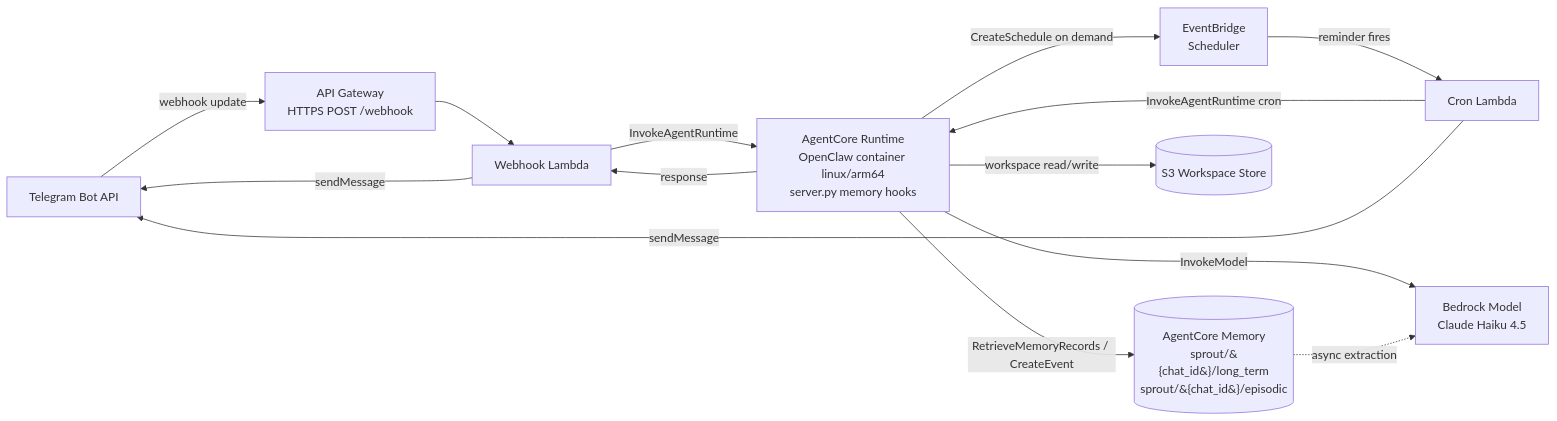
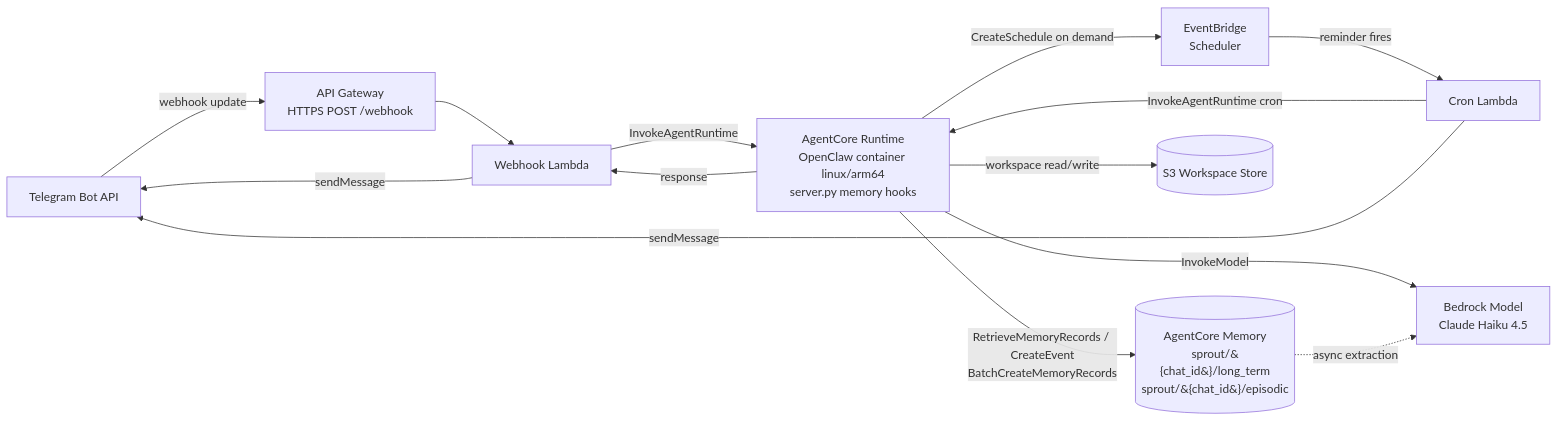
The diagram in README.md (aws-samples/sample-agentcore-memory-openclaw), drawn with Mermaid before and after one commit. The commit also changed other lines of this file and 5 other files, not shown here.

First line of the commit message:
Write backyard sections as structured memory records with metadata (#2)

````diff
--- a/README.md
+++ b/README.md
@@ -47,25 +49,25 @@
 ```mermaid
 flowchart LR
     TG[Telegram Bot API]
     APIGW[API Gateway<br/>HTTPS POST /webhook]
     WH[Webhook Lambda]
     EB[EventBridge<br/>Scheduler]
     CRON[Cron Lambda]
     RT[AgentCore Runtime<br/>OpenClaw container linux/arm64<br/>server.py memory hooks]
     MEM[(AgentCore Memory<br/>sprout/&#123;chat_id&#125;/long_term<br/>sprout/&#123;chat_id&#125;/episodic)]
     S3[(S3 Workspace Store)]
     BR[Bedrock Model<br/>Claude Haiku 4.5]
 
     TG -->|webhook update| APIGW --> WH
     WH -->|InvokeAgentRuntime| RT
     RT -->|response| WH -->|sendMessage| TG
 
     RT -->|CreateSchedule on demand| EB
     EB -->|reminder fires| CRON -->|InvokeAgentRuntime cron| RT
     CRON -->|sendMessage| TG
 
-    RT -->|RetrieveMemoryRecords / CreateEvent| MEM
+    RT -->|RetrieveMemoryRecords / CreateEvent<br/>BatchCreateMemoryRecords| MEM
     RT -->|workspace read/write| S3
     RT -->|InvokeModel| BR
     MEM -. async extraction .-> BR
 ```
````
